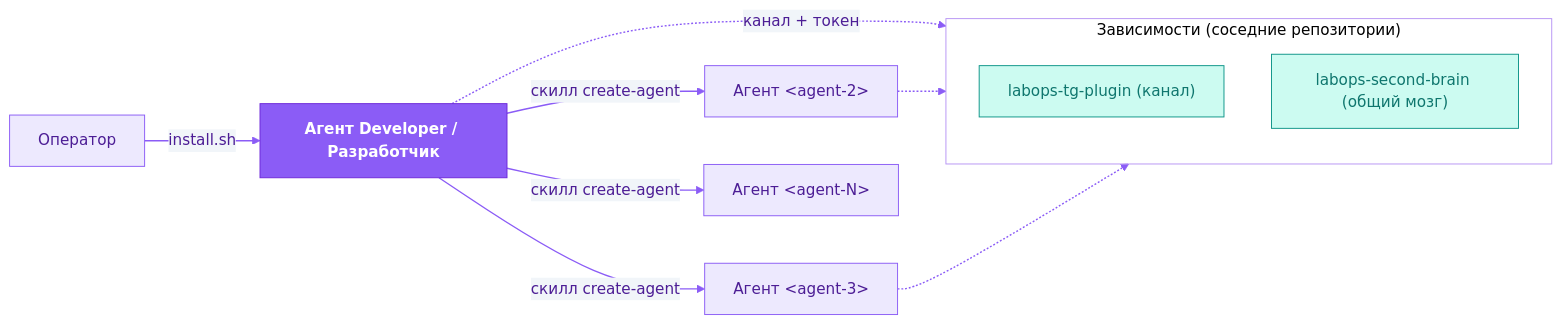
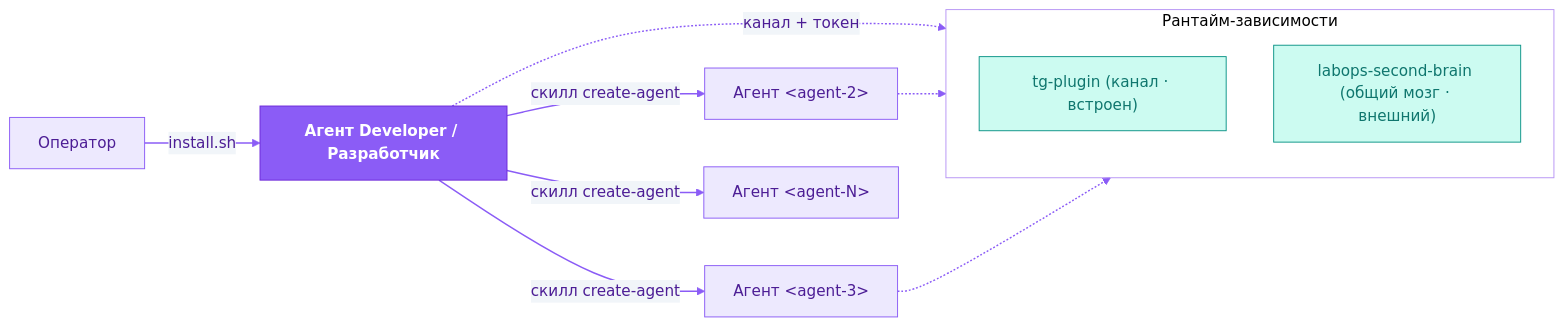
One commit to dediukhinpa/labops-ai-assistant changed the first of 4 diagrams in agent-architecture/README.ru.md. Above: the diagram before and after it, drawn with Mermaid. The commit also changed other lines of this file and 20 other files, not shown here.

````diff
--- a/agent-architecture/README.ru.md
+++ b/agent-architecture/README.ru.md
@@ -69,22 +69,22 @@
 ```mermaid
 %%{init: {'theme':'base','themeVariables':{'primaryColor':'#EDE9FE','primaryTextColor':'#4C1D95','primaryBorderColor':'#8B5CF6','lineColor':'#8B5CF6','secondaryColor':'#F1F5F9','tertiaryColor':'#ffffff','clusterBkg':'transparent','clusterBorder':'#B794F4','fontFamily':'Helvetica,Arial,sans-serif'}}}%%
 flowchart LR
   Operator["Оператор"] -->|install.sh| Dev["Агент Developer / Разработчик"]
   Dev -->|скилл create-agent| A2["Агент &lt;agent-2&gt;"]
   Dev -->|скилл create-agent| A3["Агент &lt;agent-3&gt;"]
   Dev -->|скилл create-agent| An["Агент &lt;agent-N&gt;"]
-  subgraph deps["Зависимости (соседние репозитории)"]
-    TG["labops-tg-plugin (канал)"]
-    SB["labops-second-brain (общий мозг)"]
+  subgraph deps["Рантайм-зависимости"]
+    TG["tg-plugin (канал · встроен)"]
+    SB["labops-second-brain (общий мозг · внешний)"]
   end
   Dev -.->|канал + токен| deps
   A2 -.-> deps
   A3 -.-> deps
   classDef brand fill:#8B5CF6,stroke:#6D28D9,color:#ffffff,font-weight:bold
   classDef ext fill:#CCFBF1,stroke:#0D9488,color:#0F766E
   classDef store fill:#FEF3C7,stroke:#D97706,color:#92400E
   classDef sys fill:#E2E8F0,stroke:#334155,color:#1E293B
   linkStyle default stroke:#8B5CF6,stroke-width:1.5px
   class Dev brand
   class TG,SB ext
 ```
````
